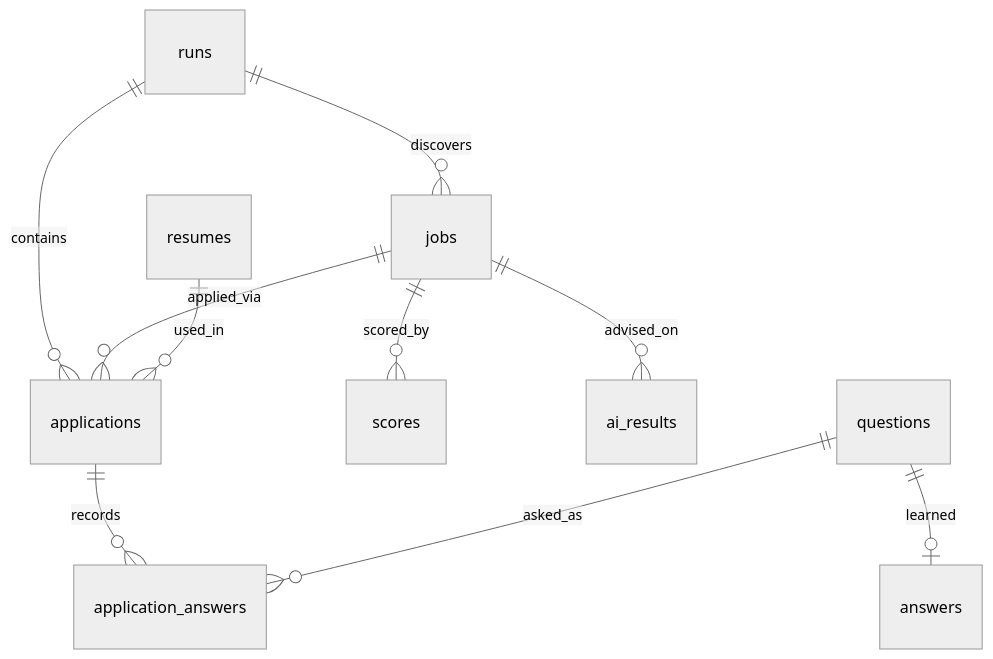
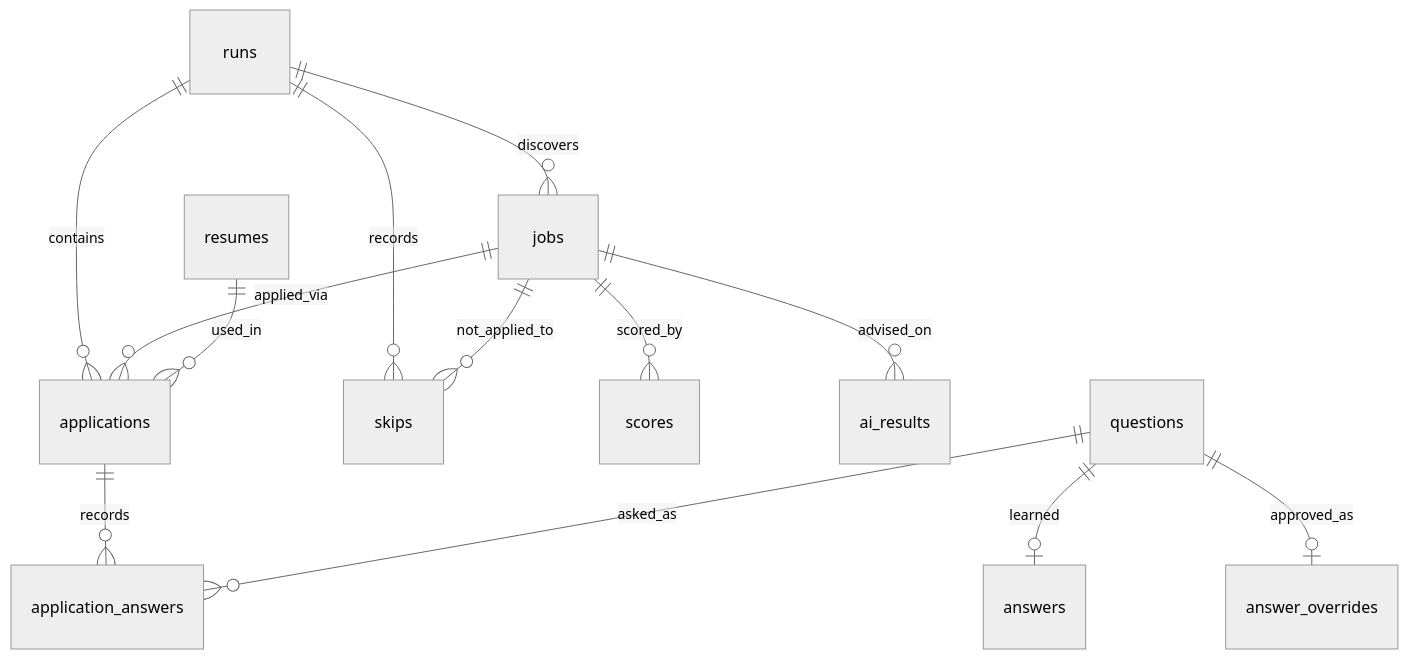
Before and after one commit to Zanark/LinkedIn-EasyApply-Automaton: the diagram in docs/data-structures.md, drawn with Mermaid (neutral theme). The commit also changed other lines of this file and 33 other files, not shown here.

````diff
--- a/docs/data-structures.md
+++ b/docs/data-structures.md
@@ -252,12 +253,15 @@
 ```mermaid
 erDiagram
     runs ||--o{ jobs : discovers
     runs ||--o{ applications : contains
+    runs ||--o{ skips : records
     jobs ||--o{ scores : scored_by
     jobs ||--o{ applications : applied_via
+    jobs ||--o{ skips : not_applied_to
     jobs ||--o{ ai_results : advised_on
     resumes ||--o{ applications : used_in
     applications ||--o{ application_answers : records
     questions ||--o| answers : learned
     questions ||--o{ application_answers : asked_as
+    questions ||--o| answer_overrides : approved_as
 ```
````
